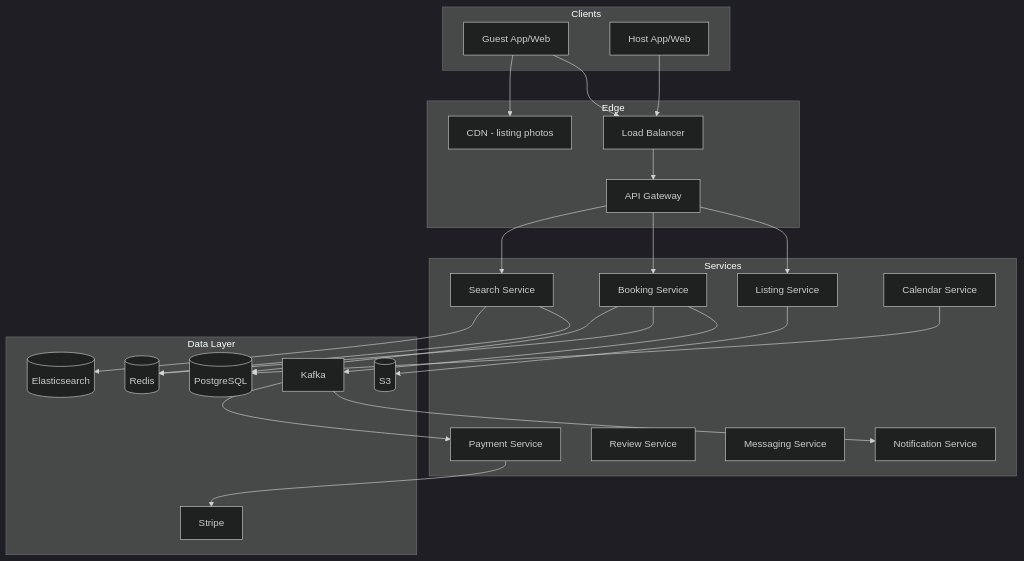
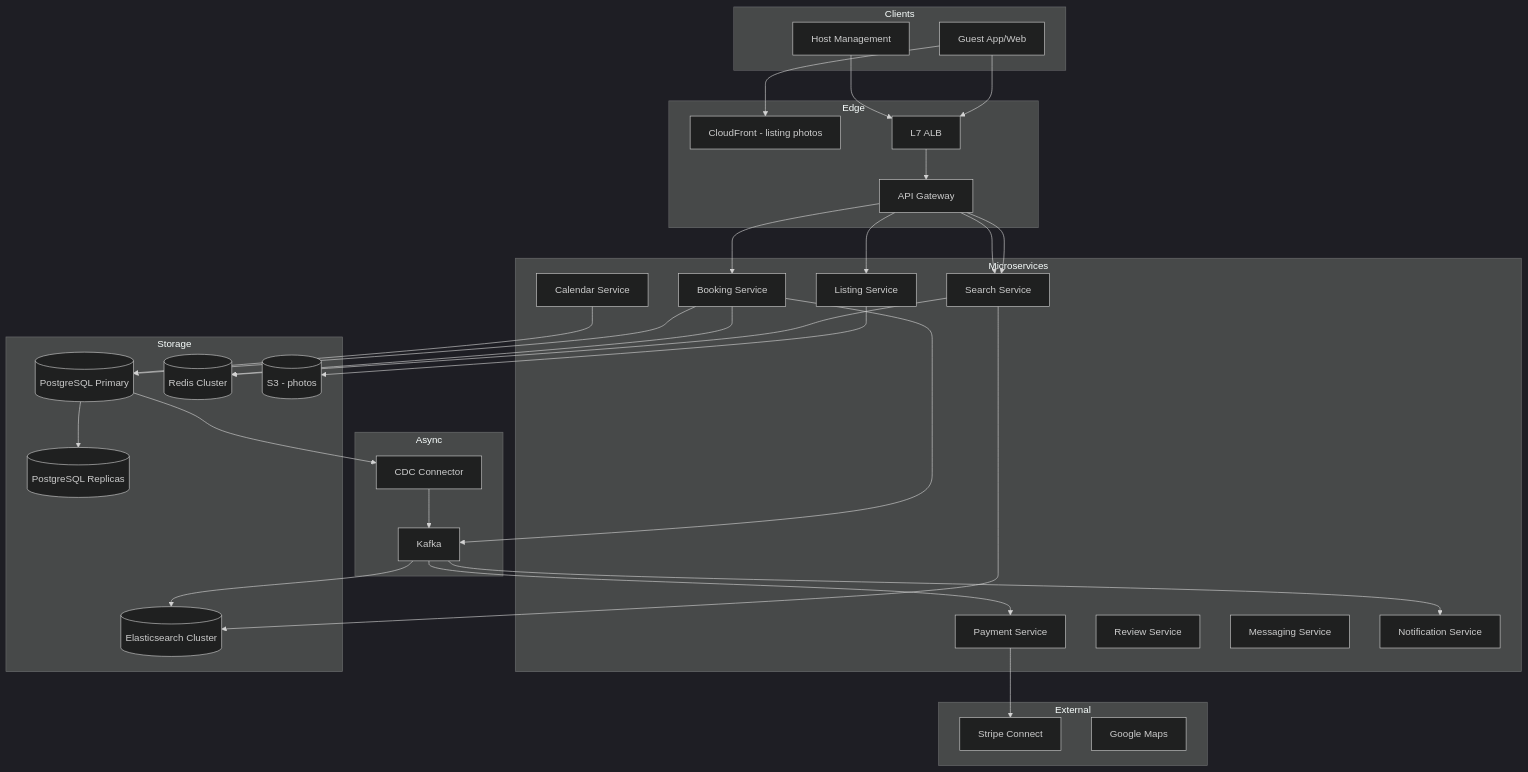
The first of 8 diagrams in system-design/airbnb/README.md (amarkum/python-datastructures), drawn with Mermaid (dark theme) before and after one commit. The commit also changed other lines of this file and 6 other files, not shown here.

First line of the commit message:
Expand system design guides with detailed diagrams, schemas, and indexing.

````diff
--- a/system-design/airbnb/README.md
+++ b/system-design/airbnb/README.md
@@ -41,50 +22,58 @@
 ```mermaid
 flowchart TB
     subgraph clients [Clients]
         Guest[Guest App/Web]
         Host[Host App/Web]
     end
 
     subgraph edge [Edge]
-        CDN[CDN - listing photos]
-        LB[Load Balancer]
-        API[API Gateway]
+        CDN[CloudFront - listing photos]
+        LB[L7 ALB]
+        GW[API Gateway]
     end
 
-    subgraph services [Services]
+    subgraph services [Microservices]
         Search[Search Service]
         List[Listing Service]
         Book[Booking Service]
         Cal[Calendar Service]
         Pay[Payment Service]
         Review[Review Service]
         Msg[Messaging Service]
+        Host[Host Management]
         Notify[Notification Service]
     end
 
-    subgraph data [Data Layer]
-        ES[(Elasticsearch)]
-        PG[(PostgreSQL)]
-        Redis[(Redis)]
-        S3[(S3)]
+    subgraph async [Async]
         Kafka[Kafka]
-        Stripe[Stripe]
+        CDC[CDC Connector]
+    end
+
+    subgraph storage [Storage]
+        ES[(Elasticsearch Cluster)]
+        PG[(PostgreSQL Primary)]
+        PGReplica[(PostgreSQL Replicas)]
+        Redis[(Redis Cluster)]
+        S3[(S3 - photos)]
+    end
+
+    subgraph external [External]
+        Stripe[Stripe Connect]
+        Maps[Google Maps]
     end
 
     Guest --> CDN
-    Guest --> LB --> API
+    Guest --> LB --> GW
     Host --> LB
-    API --> Search
-    API --> Book
-    API --> List
-    Search --> ES
-    Search --> Redis
-    Book --> PG
+    GW --> Search --> ES
+    GW --> Search --> Redis
+    GW --> Book --> PG
+    GW --> List --> S3
     Book --> Redis
     Cal --> PG
-    List --> S3
     Book --> Kafka
-    Kafka --> Pay
+    PG --> CDC --> Kafka --> ES
+    Kafka --> Pay --> Stripe
     Kafka --> Notify
-    Pay --> Stripe
+    PG --> PGReplica
 ```
````
